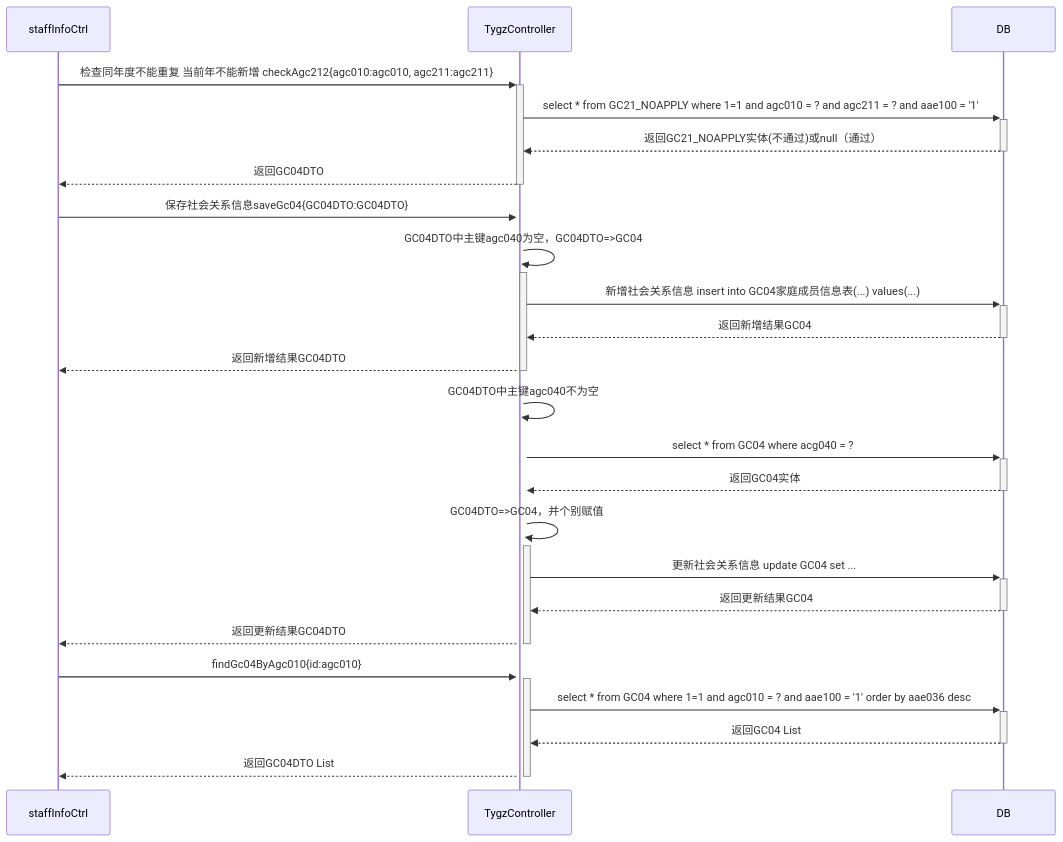
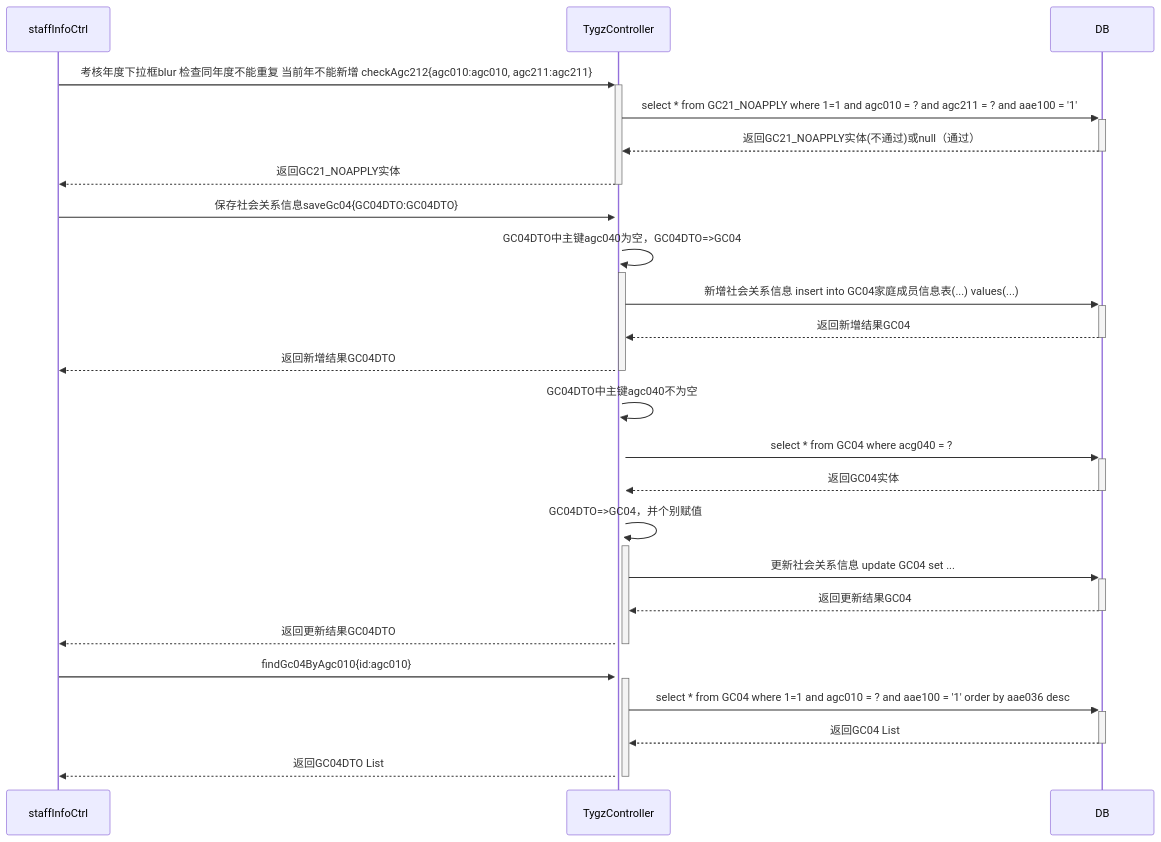
Before and after one commit to ZhangJianBeiJing/iodraw-files: the diagram in all/人员考核信息新增按钮的调用业务流程.md, drawn with Mermaid.

Commit message:
2025-03-25 18:07:56 update

````diff
--- a/all/人员考核信息新增按钮的调用业务流程.md
+++ b/all/人员考核信息新增按钮的调用业务流程.md
@@ -1,24 +1,25 @@
 ```mermaid
 sequenceDiagram
-    staffInfoCtrl->>+TygzController:检查同年度不能重复 当前年不能新增 checkAgc212{agc010:agc010, agc211:agc211}
+    staffInfoCtrl->>+TygzController:考核年度下拉框blur 检查同年度不能重复 当前年不能新增 checkAgc212{agc010:agc010, agc211:agc211}
     TygzController->>+DB:select * from GC21_NOAPPLY where 1=1 and agc010 = ? and agc211 = ? and aae100 = '1'
     DB-->>-TygzController:返回GC21_NOAPPLY实体(不通过)或null（通过）
-    TygzController-->>-staffInfoCtrl:返回GC04DTO
+    TygzController-->>-staffInfoCtrl:返回GC21_NOAPPLY实体
+
     staffInfoCtrl->>+TygzController:保存社会关系信息saveGc04{GC04DTO:GC04DTO}
     TygzController->>+TygzController:GC04DTO中主键agc040为空，GC04DTO=>GC04
     TygzController->>+DB:新增社会关系信息 insert into GC04家庭成员信息表(...) values(...)
     DB-->>-TygzController:返回新增结果GC04
     TygzController-->>-staffInfoCtrl:返回新增结果GC04DTO
     TygzController->>+TygzController:GC04DTO中主键agc040不为空
     TygzController->>+DB:select * from GC04 where acg040 = ?
     DB-->>-TygzController:返回GC04实体
     TygzController->>+TygzController:GC04DTO=>GC04，并个别赋值
     TygzController->>+DB:更新社会关系信息 update GC04 set ...
     DB-->>-TygzController:返回更新结果GC04
     TygzController-->>-staffInfoCtrl:返回更新结果GC04DTO
 
     staffInfoCtrl->>+TygzController:findGc04ByAgc010{id:agc010}
     TygzController->>+DB:select * from GC04 where 1=1 and agc010 = ? and aae100 = '1' order by aae036 desc
     DB-->>-TygzController:返回GC04 List
     TygzController-->>-staffInfoCtrl:返回GC04DTO List
 ```
````
